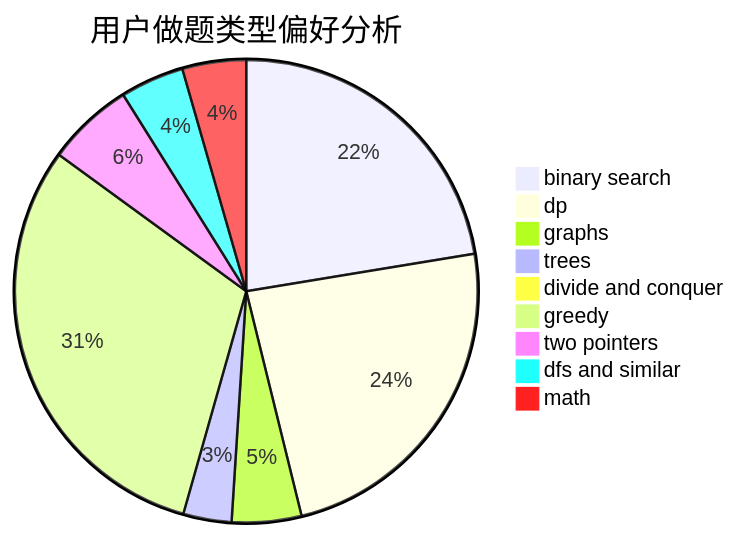
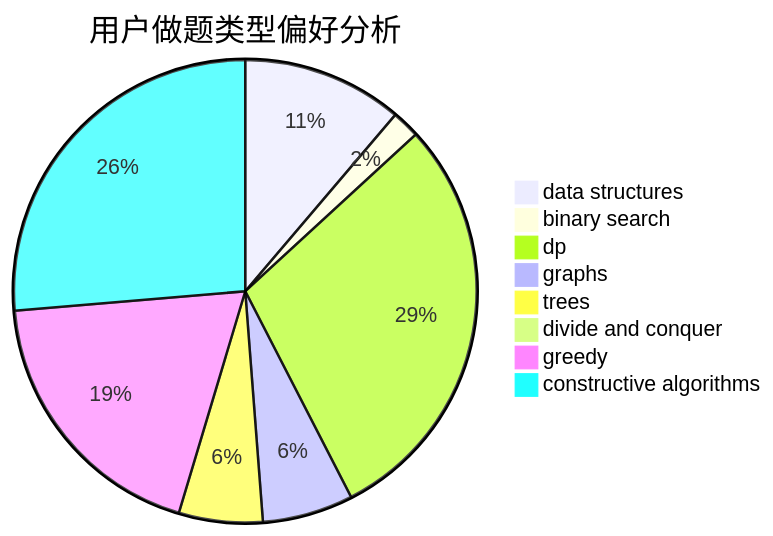
The second of 3 diagrams in docs/user/u2727.md (sherpahu/cfrs.github.io), drawn with Mermaid before and after one commit. The commit also changed other lines of this file and 2775 other files, not shown here.

````diff
--- a/docs/user/u2727.md
+++ b/docs/user/u2727.md
@@ -23,12 +23,11 @@
 ```mermaid
 pie title 用户做题类型偏好分析
-    "binary search" :  166
-    "dp" :  176
-    "graphs" :  36
-    "trees" :  25
+    "data structures" :  23
+    "binary search" :  4
+    "dp" :  60
+    "graphs" :  13
+    "trees" :  12
     "divide and conquer" :  0
-    "greedy" :  227
-    "two pointers" :  45
-    "dfs and similar" :  33
-    "math" :  33
+    "greedy" :  39
+    "constructive algorithms" :  54
 ```
````
